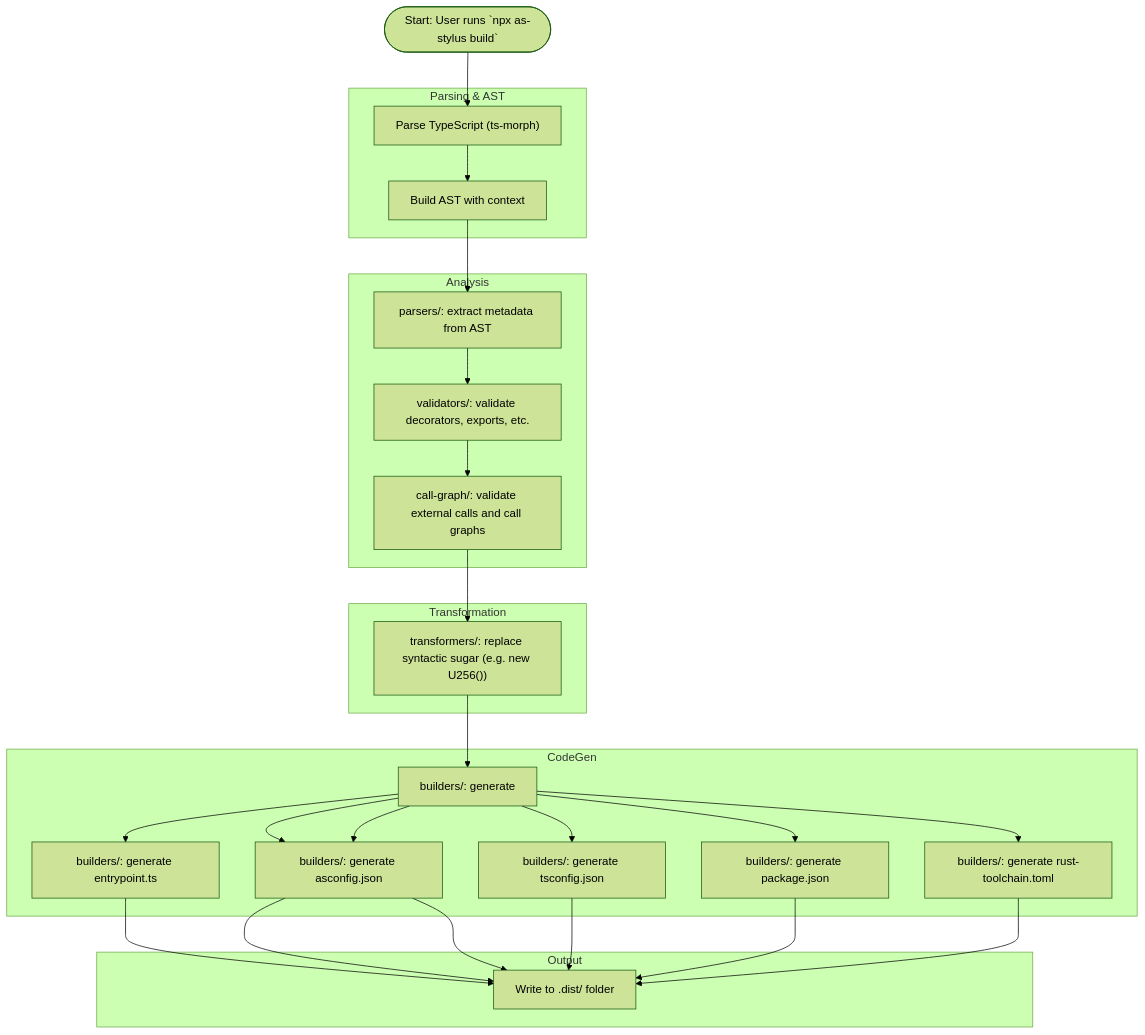
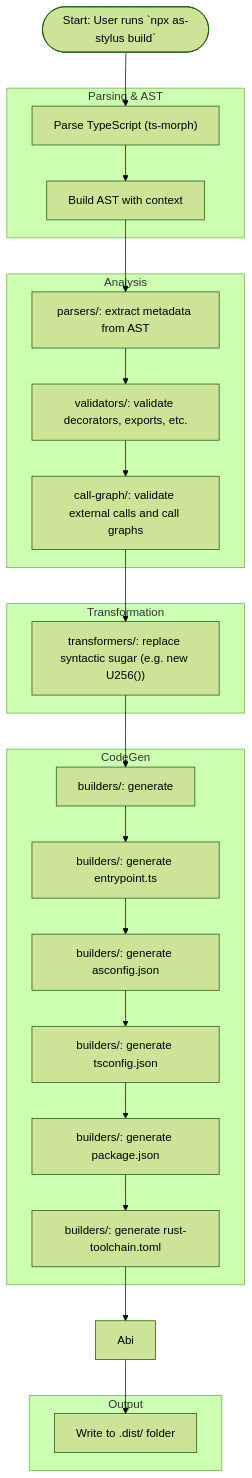
Before and after one commit to wakeuplabs-io/assembly-script-stylus-sdk: the diagram in packages/as-stylus/README.md, drawn with Mermaid (forest theme). The commit also changed 19 other files, not shown here.

````diff
--- a/packages/as-stylus/README.md
+++ b/packages/as-stylus/README.md
@@ -93,41 +93,36 @@
 ```mermaid
 flowchart TD
   Start([Start: User runs `npx as-stylus build`])
 
   subgraph Parsing & AST
     Parsing["Parse TypeScript (ts-morph)"]
     AST["Build AST with context"]
   end
 
   subgraph Analysis
     ParseMetadata["parsers/: extract metadata from AST"]
     Semantic["validators/: validate decorators, exports, etc."]
     Static["call-graph/: validate external calls and call graphs"]
   end
 
   subgraph Transformation
     Transform["transformers/: replace syntactic sugar (e.g. new U256())"]
   end
 
   subgraph CodeGen
     Generator["builders/: generate"]
     Entrypoint["builders/: generate entrypoint.ts"]
     Asconfig["builders/: generate asconfig.json"]
     Tsconfig["builders/: generate tsconfig.json"]
     PkgJson["builders/: generate package.json"]
     RustToolchain["builders/: generate rust-toolchain.toml"]
   end
 
   subgraph Output
     Emit["Write to .dist/ folder"]
   end
 
   Start --> Parsing --> AST --> ParseMetadata --> Semantic --> Static --> Transform
   Transform --> Generator
-  Generator --> Entrypoint --> Emit
-  Generator --> Asconfig --> Emit
-  Generator --> Asconfig --> Emit
-  Generator --> Tsconfig --> Emit
-  Generator --> PkgJson --> Emit
-  Generator --> RustToolchain --> Emit
+  Generator --> Entrypoint --> Asconfig --> Tsconfig --> PkgJson -->  RustToolchain --> Abi --> Emit
 ```
````
